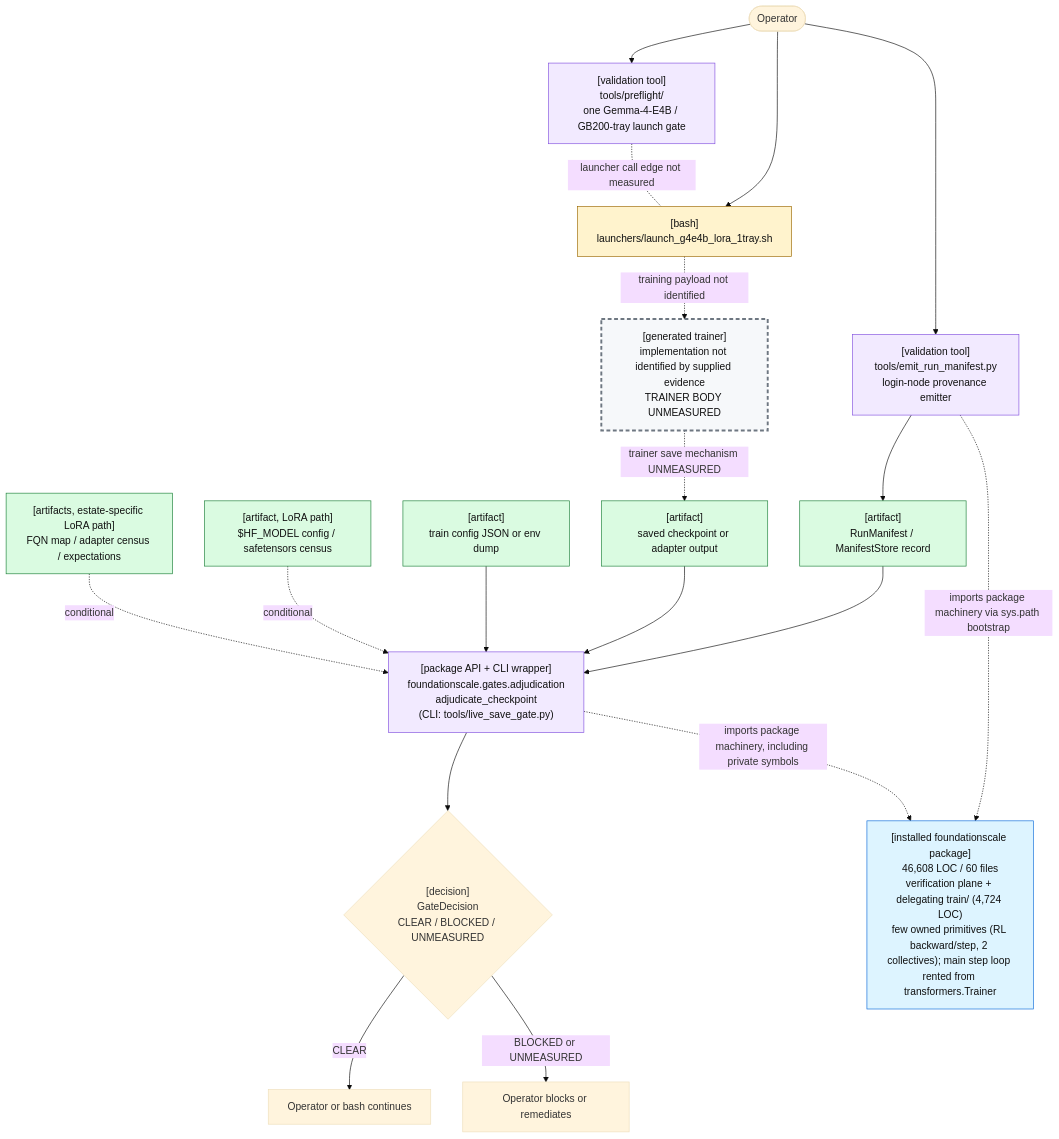
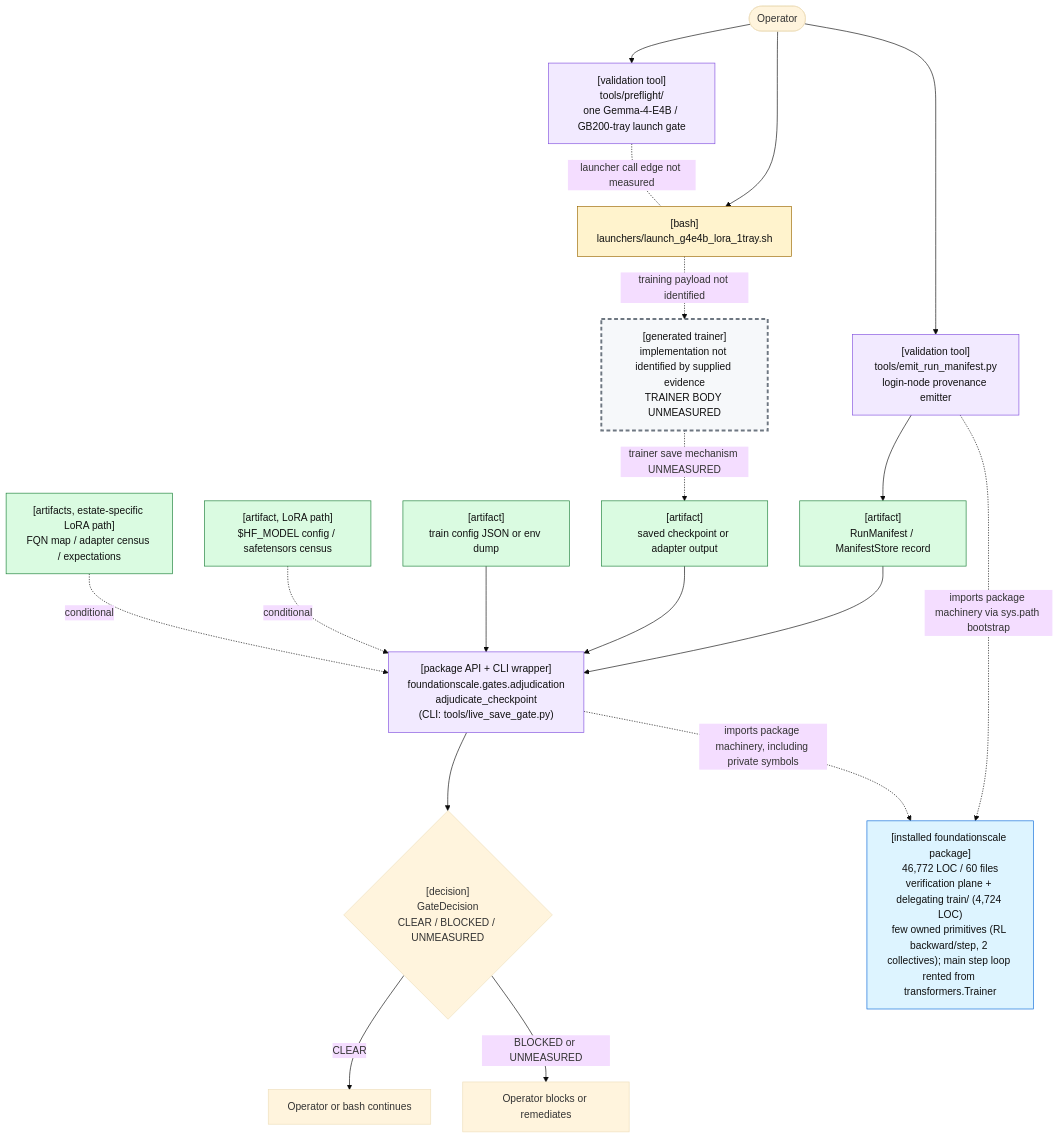
The first of 2 diagrams in docs/review/D2_current_architecture.md (TranNhiem/FoundationScale), drawn with Mermaid (base theme) before and after one commit. The commit also changed other lines of this file and 18 other files, not shown here.

````diff
--- a/docs/review/D2_current_architecture.md
+++ b/docs/review/D2_current_architecture.md
@@ -25,59 +25,59 @@
 ```mermaid
 flowchart TB
   O(["Operator"])
 
   PF["[validation tool]<br/>tools/preflight/<br/>one Gemma-4-E4B / GB200-tray launch gate"]
   L["[bash]<br/>launchers/launch_g4e4b_lora_1tray.sh"]
 
   E["[validation tool]<br/>tools/emit_run_manifest.py<br/>login-node provenance emitter"]
   M["[artifact]<br/>RunManifest / ManifestStore record"]
 
   T["[generated trainer]<br/>implementation not identified by supplied evidence<br/>TRAINER BODY UNMEASURED"]
   C["[artifact]<br/>saved checkpoint or adapter output"]
 
   G["[package API + CLI wrapper]<br/>foundationscale.gates.adjudication<br/>adjudicate_checkpoint<br/>(CLI: tools/live_save_gate.py)"]
   CFG["[artifact]<br/>train config JSON or env dump"]
   BASE["[artifact, LoRA path]<br/>$HF_MODEL config / safetensors census"]
   CEN["[artifacts, estate-specific LoRA path]<br/>FQN map / adapter census / expectations"]
 
   D{"[decision]<br/>GateDecision<br/>CLEAR / BLOCKED / UNMEASURED"}
   OK["Operator or bash continues"]
   NO["Operator blocks or remediates"]
 
-  PKG["[installed foundationscale package]<br/>46,608 LOC / 60 files<br/>verification plane + delegating train/ (4,724 LOC)<br/>few owned primitives (RL backward/step, 2 collectives); main step loop rented from transformers.Trainer"]
+  PKG["[installed foundationscale package]<br/>46,772 LOC / 60 files<br/>verification plane + delegating train/ (4,724 LOC)<br/>few owned primitives (RL backward/step, 2 collectives); main step loop rented from transformers.Trainer"]
 
   O --> PF
   O --> L
   PF -. "launcher call edge not measured" .- L
 
   O --> E
   E --> M
 
   L -. "training payload not identified" .-> T
   T -. "trainer save mechanism UNMEASURED" .-> C
 
   M --> G
   C --> G
   CFG --> G
   BASE -. "conditional" .-> G
   CEN -. "conditional" .-> G
 
   E -. "imports package machinery via sys.path bootstrap" .-> PKG
   G -. "imports package machinery, including private symbols" .-> PKG
 
   G --> D
   D -->|"CLEAR"| OK
   D -->|"BLOCKED or UNMEASURED"| NO
 
   classDef bash fill:#fff3cd,stroke:#9a6700,color:#111;
   classDef tool fill:#f2eaff,stroke:#8250df,color:#111;
   classDef artifact fill:#dafbe1,stroke:#1a7f37,color:#111;
   classDef gap fill:#f6f8fa,stroke:#6e7781,stroke-width:3px,stroke-dasharray: 6 4,color:#111;
   classDef pkg fill:#ddf4ff,stroke:#0969da,color:#111;
 
   class L bash;
   class PF,E,G tool;
   class M,C,CFG,BASE,CEN artifact;
   class T gap;
   class PKG pkg;
 ```
````
